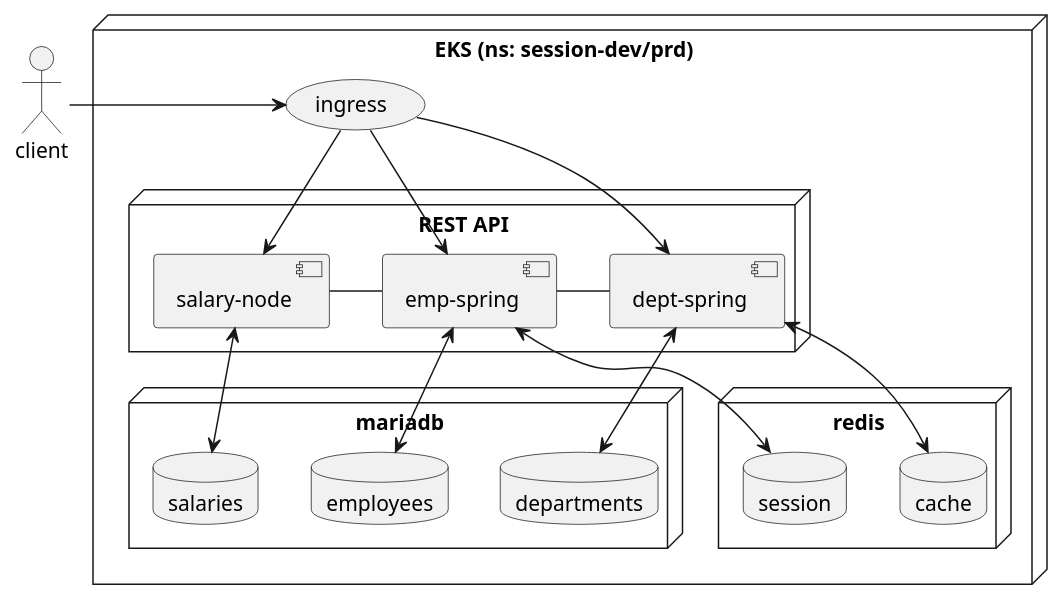
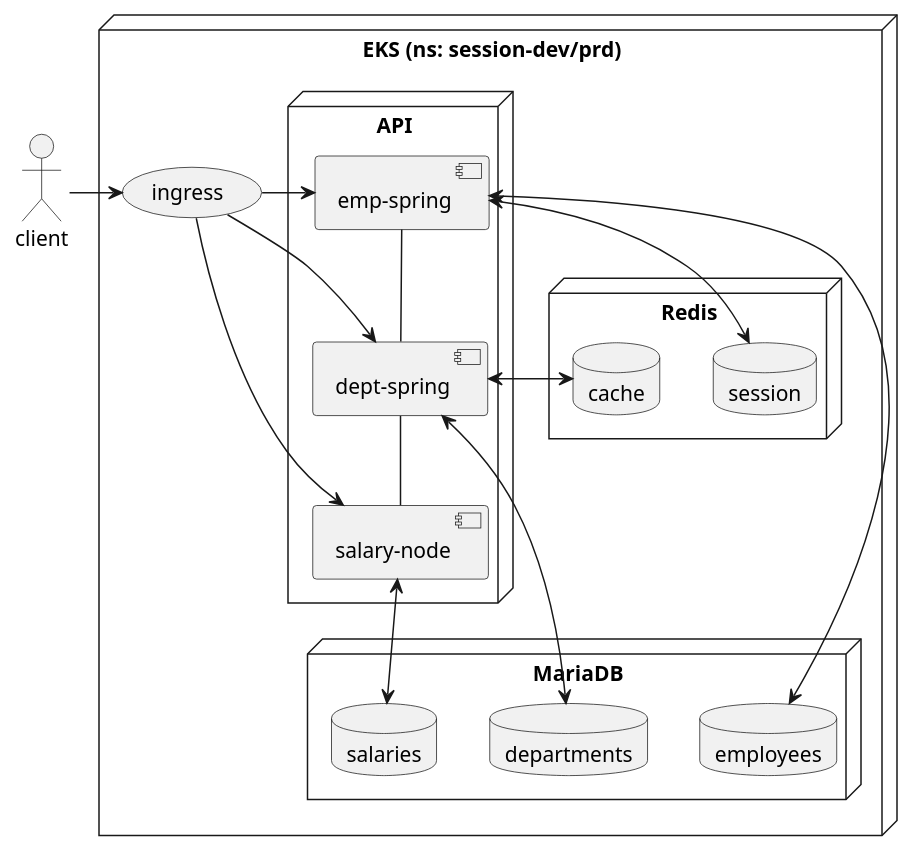
The diagram in docs/src/sp1/session.md (kloudbank/htdp1.github.io), drawn with PlantUML before and after one commit.

Commit message:
edit session arch.

```diff
--- a/docs/src/sp1/session.md
+++ b/docs/src/sp1/session.md
@@ -3,31 +3,31 @@
 @startuml
 "client"
-node "EKS (ns: session-dev/prd)" as EKS {
+node "EKS (ns: session-dev/prd)" as eks {
   (ingress)
-  node "mariadb" {
+  node "Redis" as redis {
+    database "session"
+    database "cache"
+  }
+  node "MariaDB" as mariadb {
     database "salaries"
     database "departments"
     database "employees"
   }
-  node "redis" {
-    database "session"
-    database "cache"
-  }
-  node "REST API" as REST {
+  node "API" as api {
     [salary-node] as salary
     [dept-spring] as dept
     [emp-spring] as emp
   }
 }
-ingress --> emp
-ingress --> dept
-ingress --> salary
-client -> ingress
+client -right-> ingress
+ingress -right-> emp
+ingress -right-> dept
+ingress -right-> salary
 emp <--> employees
 dept <--> departments
 salary <--> salaries
 emp <--> session
 cache <--> dept
-salary - emp
-emp - dept
+salary -up- dept
+dept -up- emp
 @enduml
```
